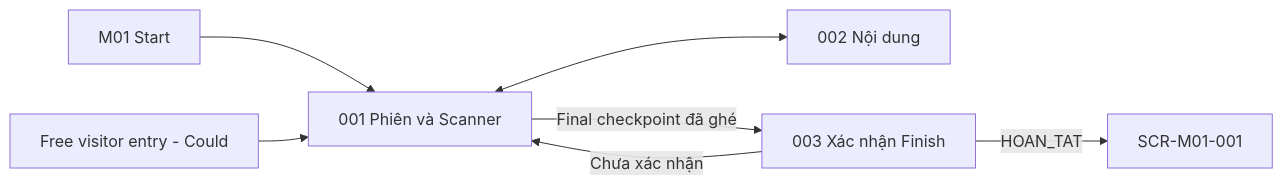
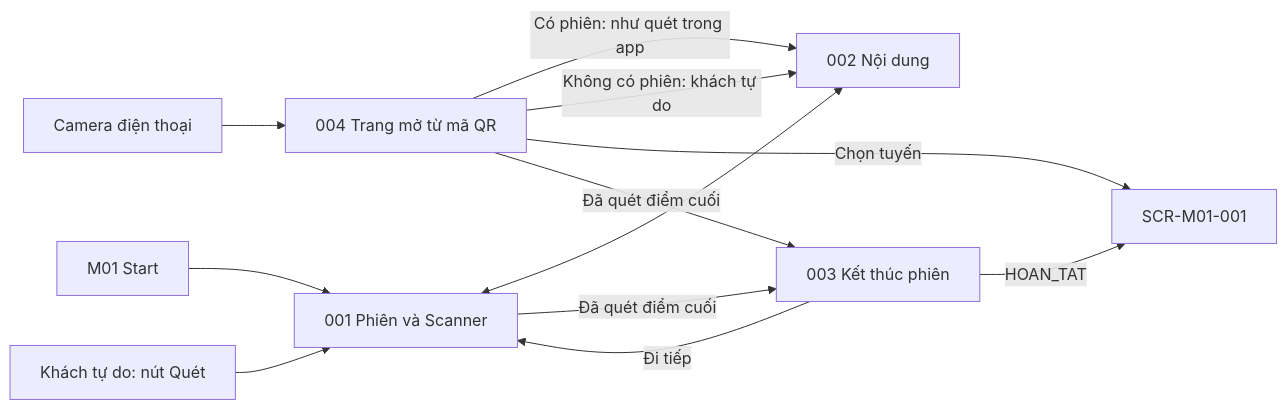
One commit to MckhueVanPhuc/Refactor-Cuc-Phuong changed the diagram in screens/screen list/screen-list-M02.md. Above: the diagram before and after it, drawn with Mermaid. The commit also changed other lines of this file and 10 other files, not shown here.

````diff
--- a/screens/screen list/screen-list-M02.md
+++ b/screens/screen list/screen-list-M02.md
@@ -56,9 +66,14 @@
 ```mermaid
 flowchart LR
     A["M01 Start"] --> B["001 Phiên và Scanner"]
-    F["Free visitor entry - Could"] --> B
-    B <--> C["002 Nội dung"]
-    B -->|"Final checkpoint đã ghé"| D["003 Xác nhận Finish"]
-    D -->|"Chưa xác nhận"| B
-    D -->|"HOAN_TAT"| E["SCR-M01-001"]
+    F["Khách tự do: nút Quét"] --> B
+    Q["Camera điện thoại"] --> G["004 Trang mở từ mã QR"]
+    G -->|"Có phiên: như quét trong app"| C["002 Nội dung"]
+    G -->|"Không có phiên: khách tự do"| C
+    G -->|"Chọn tuyến"| H["SCR-M01-001"]
+    B <--> C
+    B -->|"Đã quét điểm cuối"| D["003 Kết thúc phiên"]
+    G -->|"Đã quét điểm cuối"| D
+    D -->|"Đi tiếp"| B
+    D -->|"HOAN_TAT"| H
 ```
````
